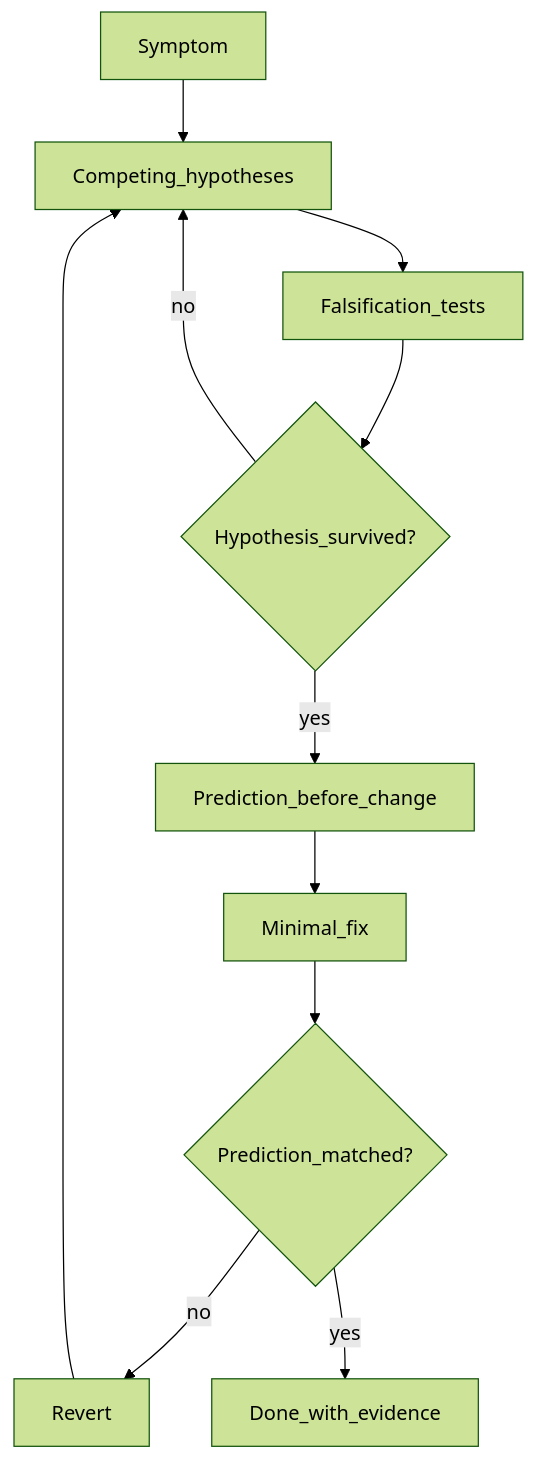
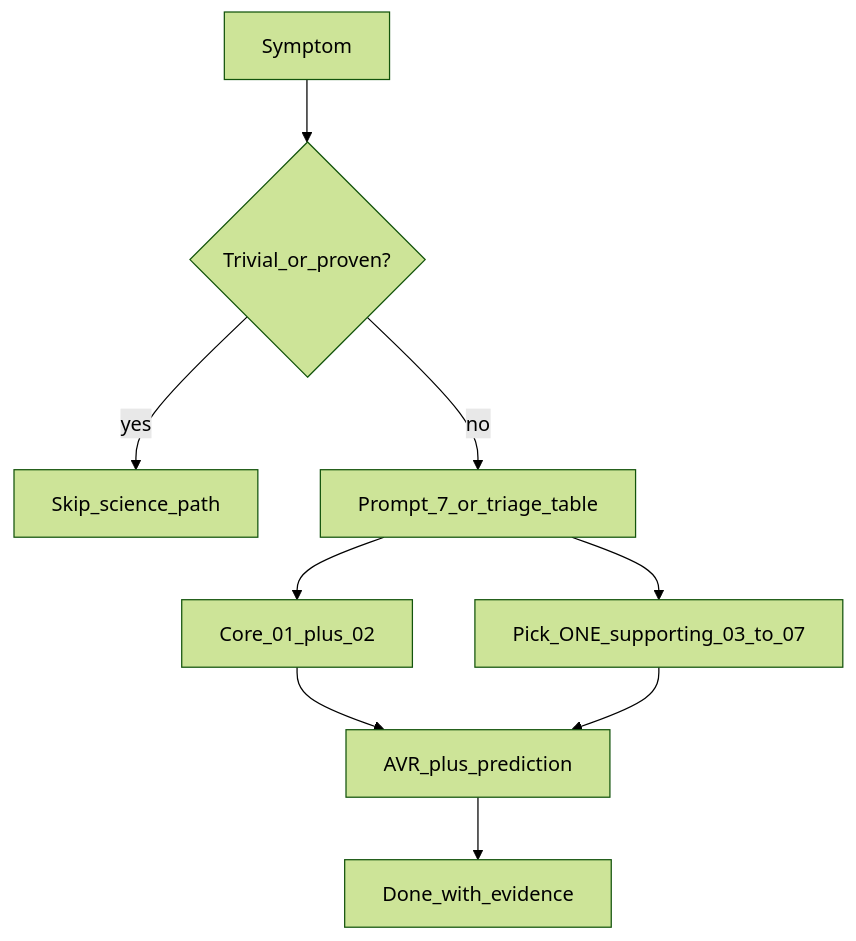
One commit to rhemzal/AI_governance changed the second of 2 diagrams in usage/DEBUGGING_ACCELERATION_PLAYBOOK.md. Above: the diagram before and after it, drawn with Mermaid (forest theme). The commit also changed other lines of this file and 8 other files, not shown here.

````diff
--- a/usage/DEBUGGING_ACCELERATION_PLAYBOOK.md
+++ b/usage/DEBUGGING_ACCELERATION_PLAYBOOK.md
@@ -97,12 +117,11 @@
 ```mermaid
 flowchart TD
-  symptom[Symptom] --> hypotheses[Competing_hypotheses]
-  hypotheses --> falsify[Falsification_tests]
-  falsify --> survived{Hypothesis_survived?}
-  survived -->|no| hypotheses
-  survived -->|yes| predict[Prediction_before_change]
-  predict --> fix[Minimal_fix]
-  fix --> verify{Prediction_matched?}
-  verify -->|no| revert[Revert] --> hypotheses
-  verify -->|yes| done[Done_with_evidence]
+  symptom[Symptom] --> trivial{Trivial_or_proven?}
+  trivial -->|yes| skip[Skip_science_path]
+  trivial -->|no| triage[Prompt_7_or_triage_table]
+  triage --> core[Core_01_plus_02]
+  triage --> support[Pick_ONE_supporting_03_to_07]
+  core --> avr[AVR_plus_prediction]
+  support --> avr
+  avr --> done[Done_with_evidence]
 ```
````
